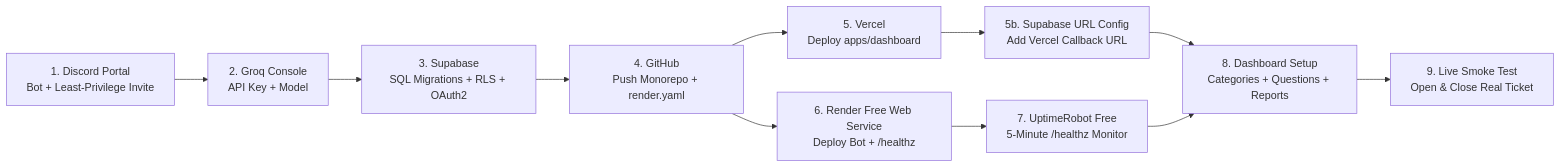
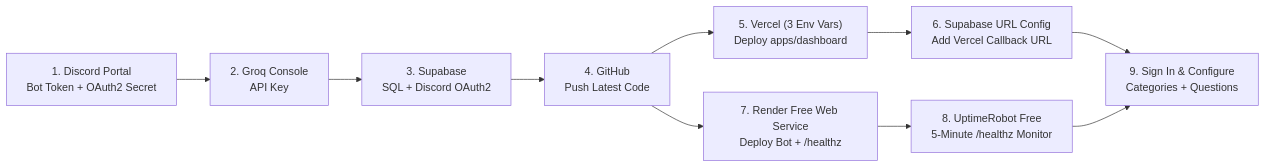
Before and after one commit to princebhayani/discord-ai-bot: the diagram in docs/DEPLOYMENT_GUIDE.md, drawn with Mermaid. The commit also changed other lines of this file and 11 other files, not shown here.

Commit message:
feat: implement dashboard authentication routes and Supabase server client

````diff
--- a/docs/DEPLOYMENT_GUIDE.md
+++ b/docs/DEPLOYMENT_GUIDE.md
@@ -9,13 +9,12 @@
 ```mermaid
 flowchart LR
-    D["1. Discord Portal\nBot + Least-Privilege Invite"] --> G["2. Groq Console\nAPI Key + Model"]
-    G --> S["3. Supabase\nSQL Migrations + RLS + OAuth2"]
-    S --> GH["4. GitHub\nPush Monorepo + render.yaml"]
-    GH --> V["5. Vercel\nDeploy apps/dashboard"]
-    V --> S2["5b. Supabase URL Config\nAdd Vercel Callback URL"]
-    GH --> RF["6. Render Free Web Service\nDeploy Bot + /healthz"]
-    RF --> UR["7. UptimeRobot Free\n5-Minute /healthz Monitor"]
-    S2 --> CFG["8. Dashboard Setup\nCategories + Questions + Reports"]
-    UR --> CFG
-    CFG --> TEST["9. Live Smoke Test\nOpen & Close Real Ticket"]
+    D["1. Discord Portal\nBot Token + OAuth2 Secret"] --> G["2. Groq Console\nAPI Key"]
+    G --> S["3. Supabase\nSQL + Discord OAuth2"]
+    S --> GH["4. GitHub\nPush Latest Code"]
+    GH --> V["5. Vercel (3 Env Vars)\nDeploy apps/dashboard"]
+    V --> S2["6. Supabase URL Config\nAdd Vercel Callback URL"]
+    GH --> RF["7. Render Free Web Service\nDeploy Bot + /healthz"]
+    RF --> UR["8. UptimeRobot Free\n5-Minute /healthz Monitor"]
+    S2 --> LOGIN["9. Sign In & Configure\nCategories + Questions"]
+    UR --> LOGIN
 ```
````
